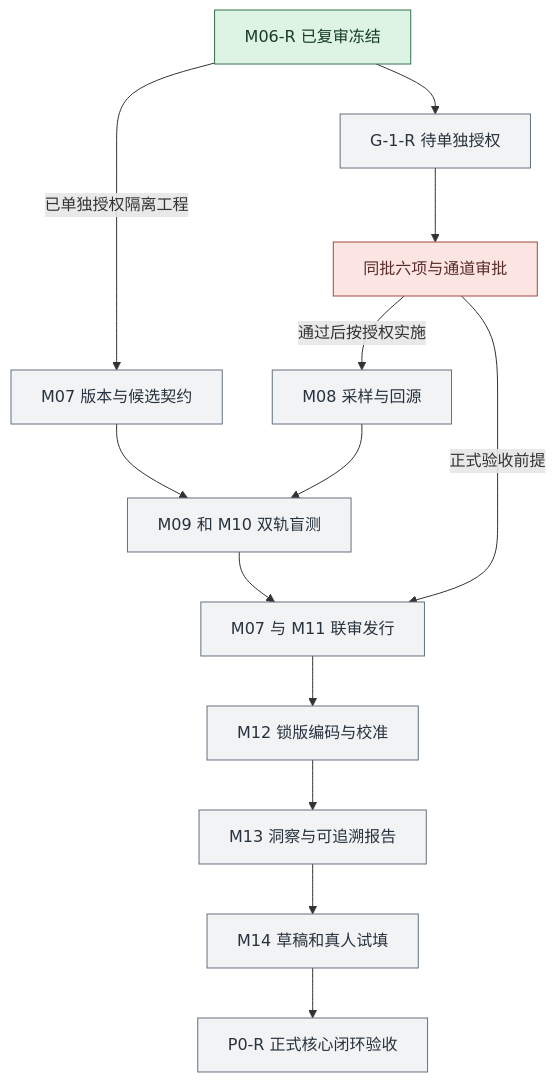
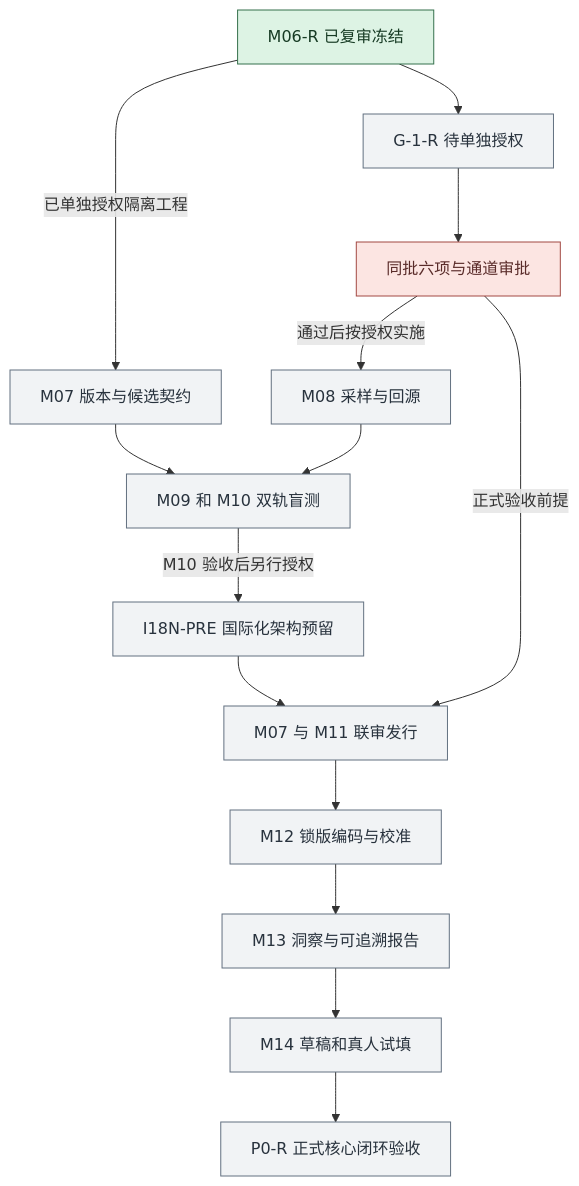
One commit to kurikiwoods-coder/voc-research-workbench changed the second of 3 diagrams in docs/planning/development-sequence.md. Above: the diagram before and after it, drawn with Mermaid. The commit also changed other lines of this file and 7 other files, not shown here.

Commit message:
docs: register I18N-PRE implementation sequence and multilingual research contracts

````diff
--- a/docs/planning/development-sequence.md
+++ b/docs/planning/development-sequence.md
@@ -55,21 +56,22 @@
 ```mermaid
 flowchart TD
     Freeze["M06-R 已复审冻结"] --> Recheck["G-1-R 待单独授权"]
     Recheck --> G1["同批六项与通道审批"]
     Freeze -->|已单独授权隔离工程| Register["M07 版本与候选契约"]
     G1 -->|通过后按授权实施| Collect["M08 采样与回源"]
     Register --> Discover["M09 和 M10 双轨盲测"]
     Collect --> Discover
-    Discover --> Joint["M07 与 M11 联审发行"]
+    Discover -->|M10 验收后另行授权| I18N["I18N-PRE 国际化架构预留"]
+    I18N --> Joint["M07 与 M11 联审发行"]
     G1 -->|正式验收前提| Joint
     Joint --> Decide["M12 锁版编码与校准"]
     Decide --> Insight["M13 洞察与可追溯报告"]
     Insight --> Survey["M14 草稿和真人试填"]
     Survey --> P0R["P0-R 正式核心闭环验收"]
     classDef done fill:#DDF3E4,stroke:#35704C,color:#173B24
     classDef pending fill:#F1F3F5,stroke:#637180,color:#28323D
     classDef blocked fill:#FCE5E2,stroke:#A24943,color:#592B29
     class Freeze done
-    class Recheck,Register,Collect,Discover,Joint,Decide,Insight,Survey,P0R pending
+    class Recheck,Register,Collect,Discover,I18N,Joint,Decide,Insight,Survey,P0R pending
     class G1 blocked
 ```
````
